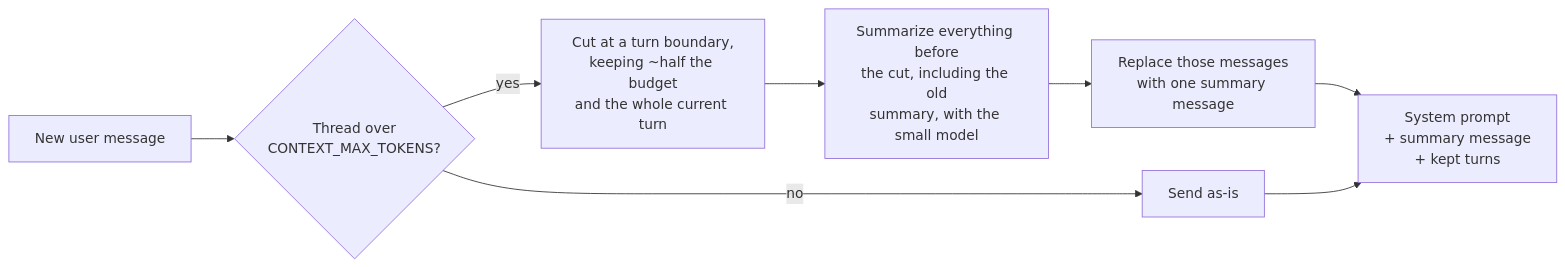
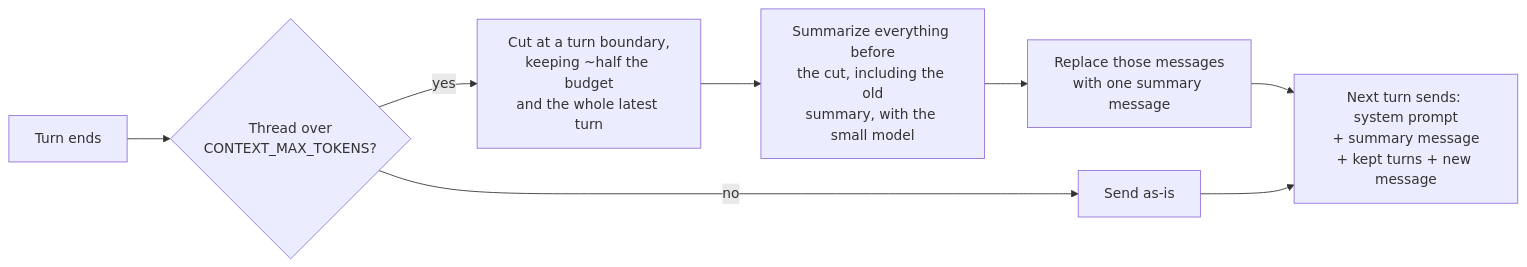
Before and after one commit to Anirudh1905/agentic-ai-chatbot: the third of 3 diagrams in docs/phase-3-short-term-memory-checkpointing.md, drawn with Mermaid. The commit also changed other lines of this file and 16 other files, not shown here.

First line of the commit message:
Cut latency: summarize after the reply, recall only on change, faster summary model

````diff
--- a/docs/phase-3-short-term-memory-checkpointing.md
+++ b/docs/phase-3-short-term-memory-checkpointing.md
@@ -80,10 +83,10 @@
 ```mermaid
 flowchart LR
-    In[New user message] --> Count{Thread over<br/>CONTEXT_MAX_TOKENS?}
+    In[Turn ends] --> Count{Thread over<br/>CONTEXT_MAX_TOKENS?}
     Count -->|no| Pass[Send as-is]
-    Count -->|yes| Split["Cut at a turn boundary,<br/>keeping ~half the budget<br/>and the whole current turn"]
+    Count -->|yes| Split["Cut at a turn boundary,<br/>keeping ~half the budget<br/>and the whole latest turn"]
     Split --> Sum[Summarize everything before<br/>the cut, including the old<br/>summary, with the small model]
     Sum --> Swap[Replace those messages<br/>with one summary message]
-    Swap --> Out[System prompt<br/>+ summary message<br/>+ kept turns]
+    Swap --> Out[Next turn sends: system prompt<br/>+ summary message<br/>+ kept turns + new message]
     Pass --> Out
 ```
````
